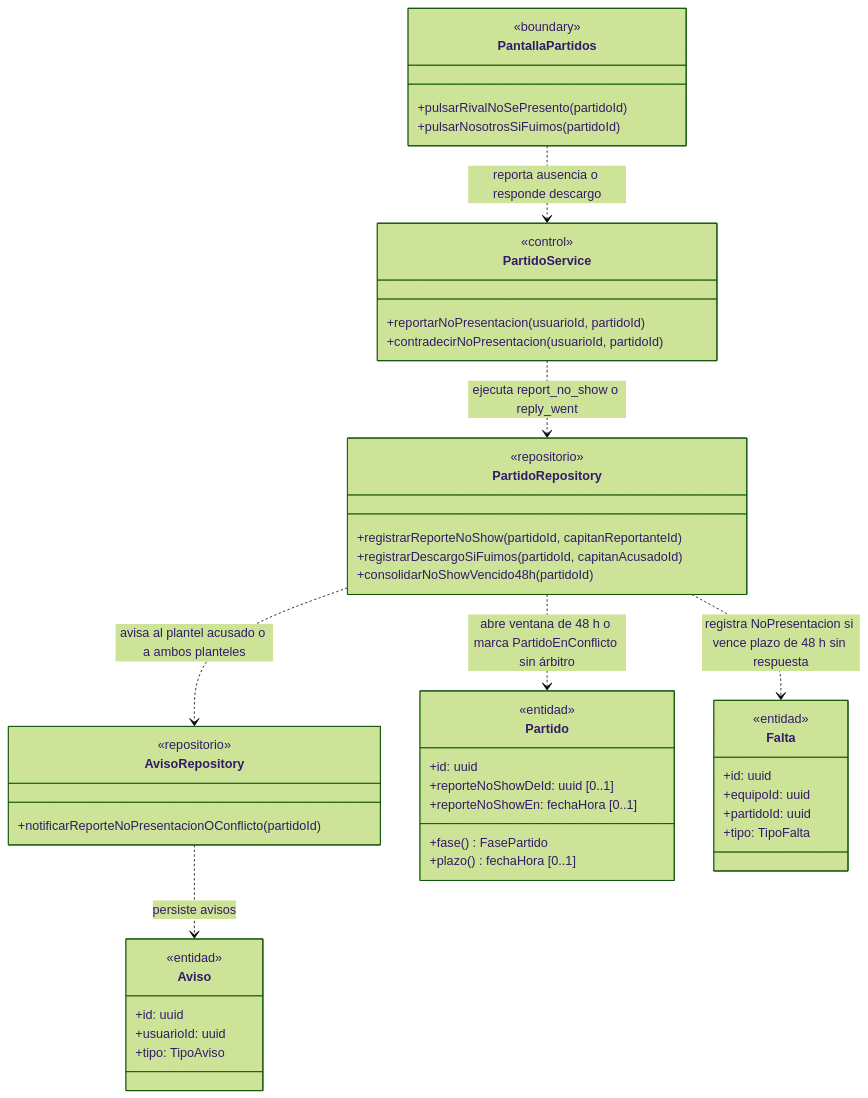
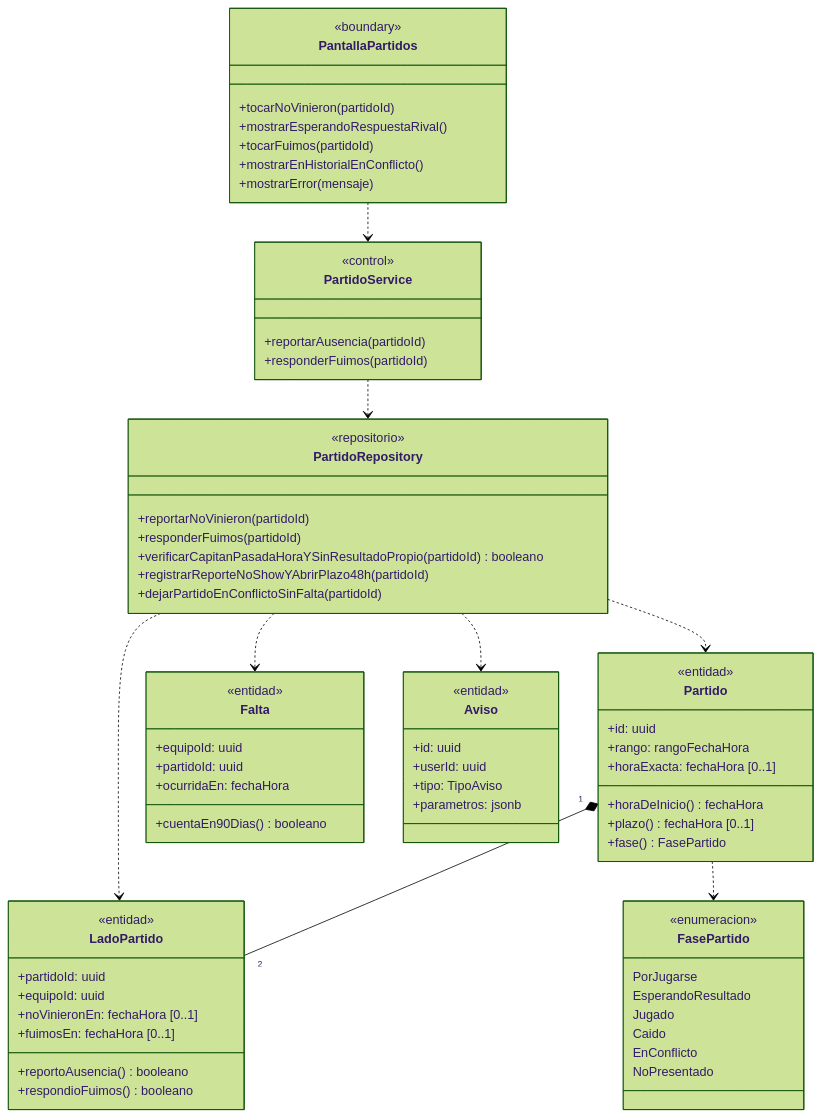
Before and after one commit to nicqletal/torneos-scraper: diagram 13 of 15 in docs/diagramas-de-clase/partidos.md, drawn with Mermaid (forest theme). The commit also changed other lines of this file and 13 other files, not shown here.

````diff
--- a/docs/diagramas-de-clase/partidos.md
+++ b/docs/diagramas-de-clase/partidos.md
@@ -810,51 +993,73 @@
 ```mermaid
 classDiagram
-direction TB
 class PantallaPartidos {
   <<boundary>>
-  +pulsarRivalNoSePresento(partidoId)
-  +pulsarNosotrosSiFuimos(partidoId)
+  +tocarNoVinieron(partidoId)
+  +mostrarEsperandoRespuestaRival()
+  +tocarFuimos(partidoId)
+  +mostrarEnHistorialEnConflicto()
+  +mostrarError(mensaje)
 }
 class PartidoService {
   <<control>>
-  +reportarNoPresentacion(usuarioId, partidoId)
-  +contradecirNoPresentacion(usuarioId, partidoId)
+  +reportarAusencia(partidoId)
+  +responderFuimos(partidoId)
 }
 class PartidoRepository {
   <<repositorio>>
-  +registrarReporteNoShow(partidoId, capitanReportanteId)
-  +registrarDescargoSiFuimos(partidoId, capitanAcusadoId)
-  +consolidarNoShowVencido48h(partidoId)
-}
-class AvisoRepository {
-  <<repositorio>>
-  +notificarReporteNoPresentacionOConflicto(partidoId)
+  +reportarNoVinieron(partidoId)
+  +responderFuimos(partidoId)
+  +verificarCapitanPasadaHoraYSinResultadoPropio(partidoId) booleano
+  +registrarReporteNoShowYAbrirPlazo48h(partidoId)
+  +dejarPartidoEnConflictoSinFalta(partidoId)
 }
 class Partido {
   <<entidad>>
   +id: uuid
-  +reporteNoShowDeId: uuid [0..1]
-  +reporteNoShowEn: fechaHora [0..1]
+  +rango: rangoFechaHora
+  +horaExacta: fechaHora [0..1]
+  +horaDeInicio() fechaHora
+  +plazo() fechaHora [0..1]
   +fase() FasePartido
-  +plazo() fechaHora [0..1]
+}
+class LadoPartido {
+  <<entidad>>
+  +partidoId: uuid
+  +equipoId: uuid
+  +noVinieronEn: fechaHora [0..1]
+  +fuimosEn: fechaHora [0..1]
+  +reportoAusencia() booleano
+  +respondioFuimos() booleano
 }
 class Falta {
   <<entidad>>
-  +id: uuid
   +equipoId: uuid
   +partidoId: uuid
-  +tipo: TipoFalta
+  +ocurridaEn: fechaHora
+  +cuentaEn90Dias() booleano
 }
 class Aviso {
   <<entidad>>
   +id: uuid
-  +usuarioId: uuid
+  +userId: uuid
   +tipo: TipoAviso
+  +parametros: jsonb
 }
-PantallaPartidos ..> PartidoService : reporta ausencia o responde descargo
-PartidoService ..> PartidoRepository : ejecuta report_no_show o reply_went
-PartidoRepository ..> Partido : abre ventana de 48 h o marca PartidoEnConflicto sin árbitro
-PartidoRepository ..> Falta : registra NoPresentacion si vence plazo de 48 h sin respuesta
-PartidoRepository ..> AvisoRepository : avisa al plantel acusado o a ambos planteles
-AvisoRepository ..> Aviso : persiste avisos
+class FasePartido {
+  <<enumeracion>>
+  PorJugarse
+  EsperandoResultado
+  Jugado
+  Caido
+  EnConflicto
+  NoPresentado
+}
+PantallaPartidos ..> PartidoService
+PartidoService ..> PartidoRepository
+PartidoRepository ..> Partido
+PartidoRepository ..> LadoPartido
+PartidoRepository ..> Falta
+PartidoRepository ..> Aviso
+Partido "1" *-- "2" LadoPartido
+Partido ..> FasePartido
 ```
````
